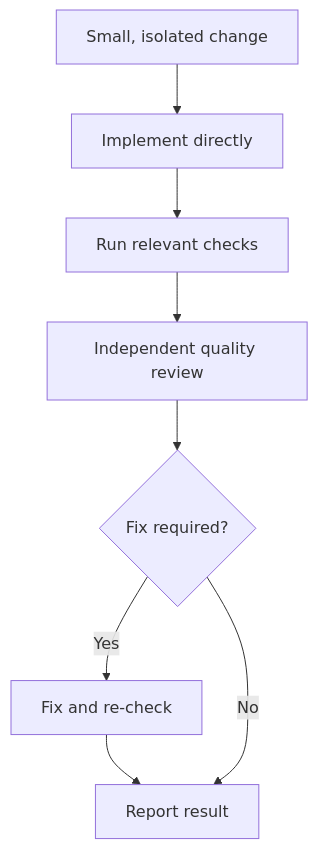
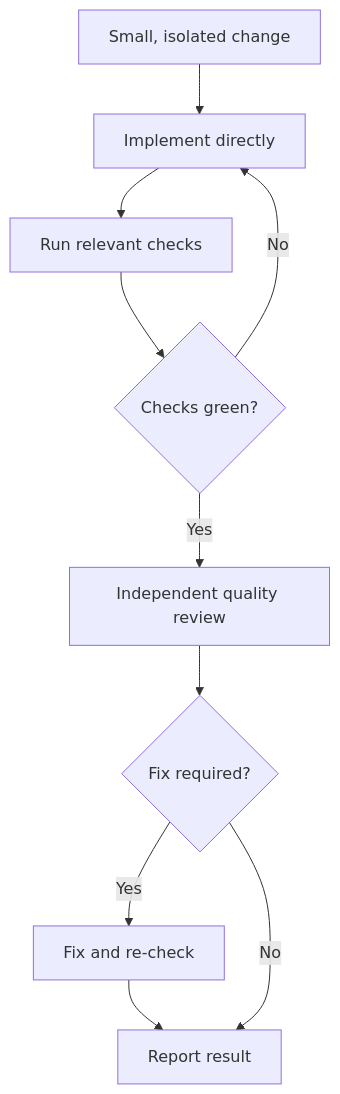
One commit to Glumac7/super-nemo changed the first of 3 diagrams in README.md. Above: the diagram before and after it, drawn with Mermaid.

Commit message:
docs: show LIGHT check failure path

````diff
--- a/README.md
+++ b/README.md
@@ -49,10 +49,12 @@
 ```mermaid
 flowchart TD
     A["Small, isolated change"] --> B["Implement directly"]
     B --> C["Run relevant checks"]
-    C --> D["Independent quality review"]
-    D --> E{"Fix required?"}
-    E -- Yes --> F["Fix and re-check"]
-    F --> G["Report result"]
-    E -- No --> G
+    C --> D{"Checks green?"}
+    D -- No --> B
+    D -- Yes --> E["Independent quality review"]
+    E --> F{"Fix required?"}
+    F -- Yes --> G["Fix and re-check"]
+    G --> H["Report result"]
+    F -- No --> H
 ```
````
